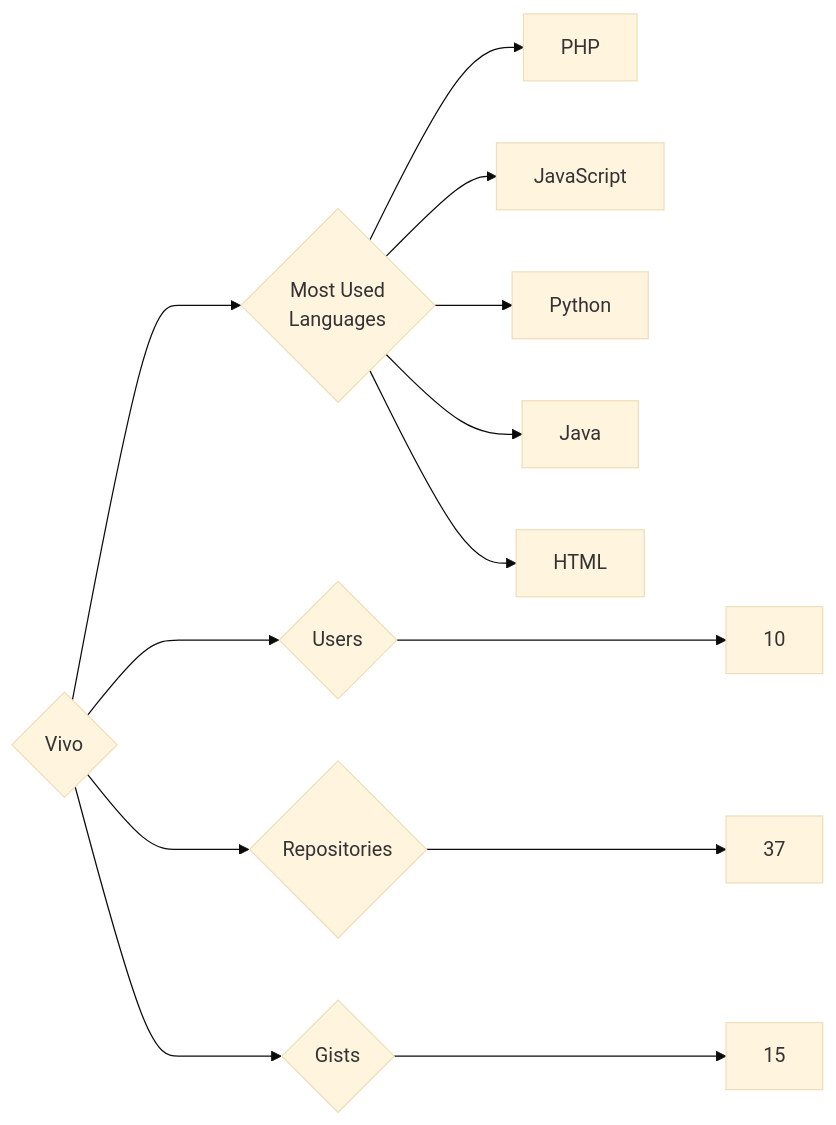
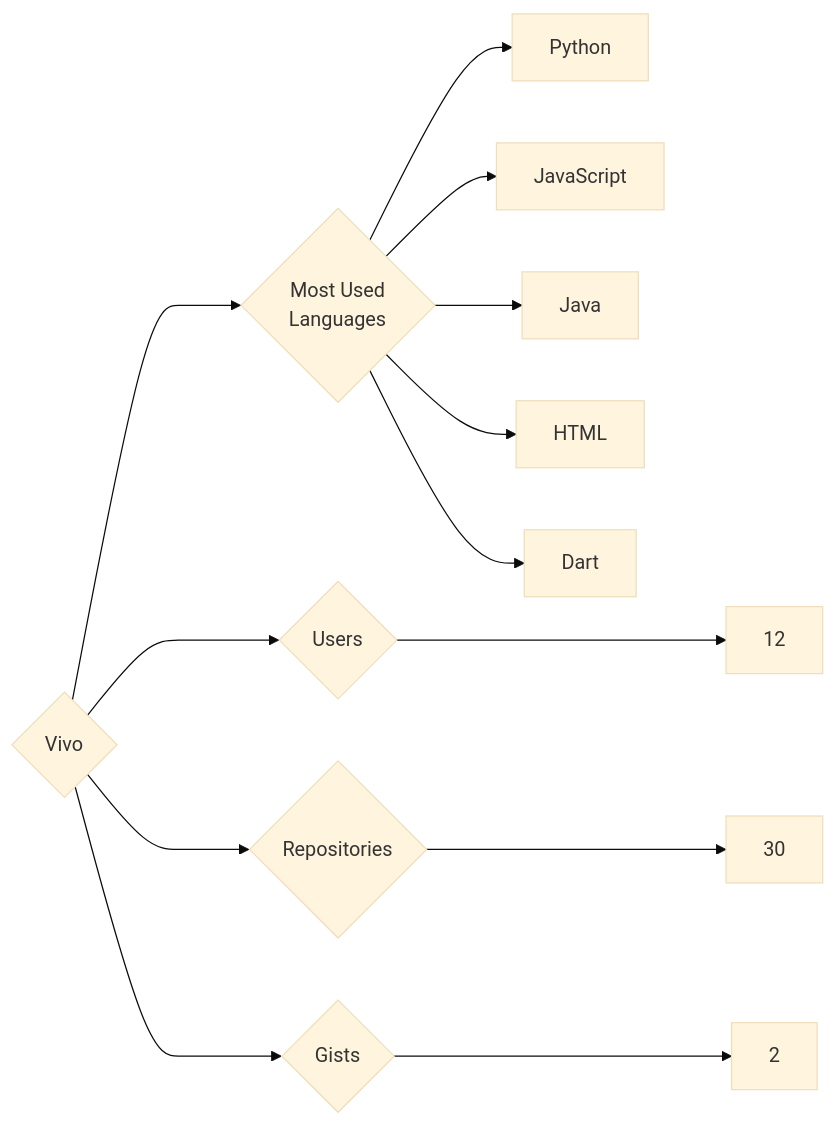
The diagram in targets/Vivo/README.md (trickest/insiders), drawn with Mermaid (base theme) before and after one commit. The commit also changed 878 other files, not shown here.

````diff
--- a/targets/Vivo/README.md
+++ b/targets/Vivo/README.md
@@ -3,13 +3,13 @@
 ```mermaid
 graph LR
 COMPANY_NAME{Vivo}
-COMPANY_NAME ---> U{Users} ---> UN[10]
-COMPANY_NAME ---> R{Repositories} ---> RN[37]
-COMPANY_NAME ---> G{Gists} ---> GN[15]
+COMPANY_NAME ---> U{Users} ---> UN[12]
+COMPANY_NAME ---> R{Repositories} ---> RN[30]
+COMPANY_NAME ---> G{Gists} ---> GN[2]
 COMPANY_NAME ---> ML{Most Used<br>Languages}
-ML --> PHP[PHP]
+ML --> Python[Python]
 ML --> JavaScript[JavaScript]
-ML --> Python[Python]
 ML --> Java[Java]
 ML --> HTML[HTML]
+ML --> Dart[Dart]
 ```
````
